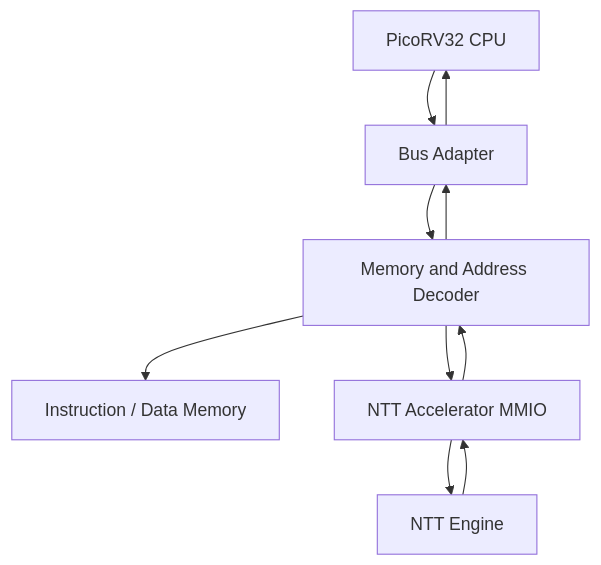
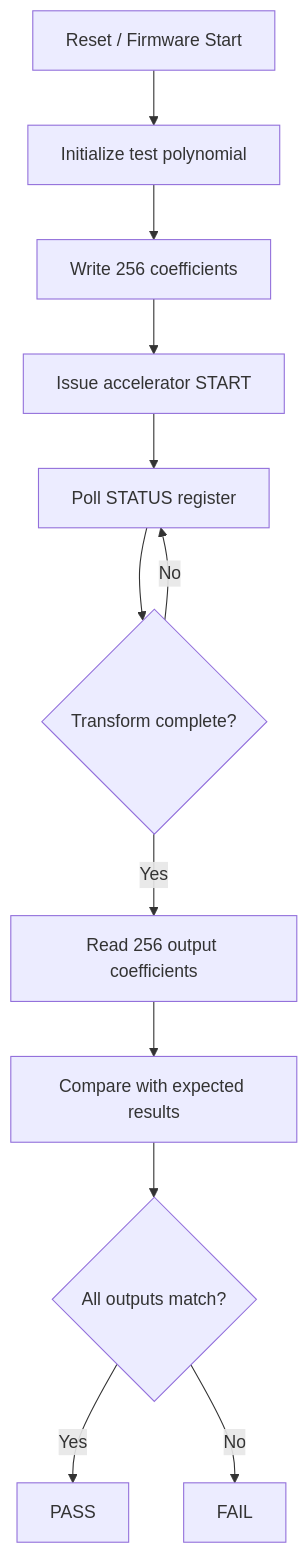
Before and after one commit to Harshima-Joshi15/riscv-ntt-accelerator: the fifth of 6 diagrams in README.md, drawn with Mermaid. The commit also changed other lines of this file, not shown here.

````diff
--- a/README.md
+++ b/README.md
@@ -142,12 +322,20 @@
 ```mermaid
 flowchart TD
-    A["PicoRV32 CPU"] --> B["Bus Adapter"]
-    B --> C["Memory and Address Decoder"]
-    C --> D["Instruction / Data Memory"]
-    C --> E["NTT Accelerator MMIO"]
-    E --> F["NTT Engine"]
-    F --> E
-    E --> C
-    C --> B
-    B --> A
+    A["Reset / Firmware Start"]
+    B["Initialize test polynomial"]
+    C["Write 256 coefficients"]
+    D["Issue accelerator START"]
+    E["Poll STATUS register"]
+    F{"Transform complete?"}
+    G["Read 256 output coefficients"]
+    H["Compare with expected results"]
+    I{"All outputs match?"}
+    J["PASS"]
+    K["FAIL"]
+
+    A --> B --> C --> D --> E --> F
+    F -->|No| E
+    F -->|Yes| G --> H --> I
+    I -->|Yes| J
+    I -->|No| K
 ```
````
